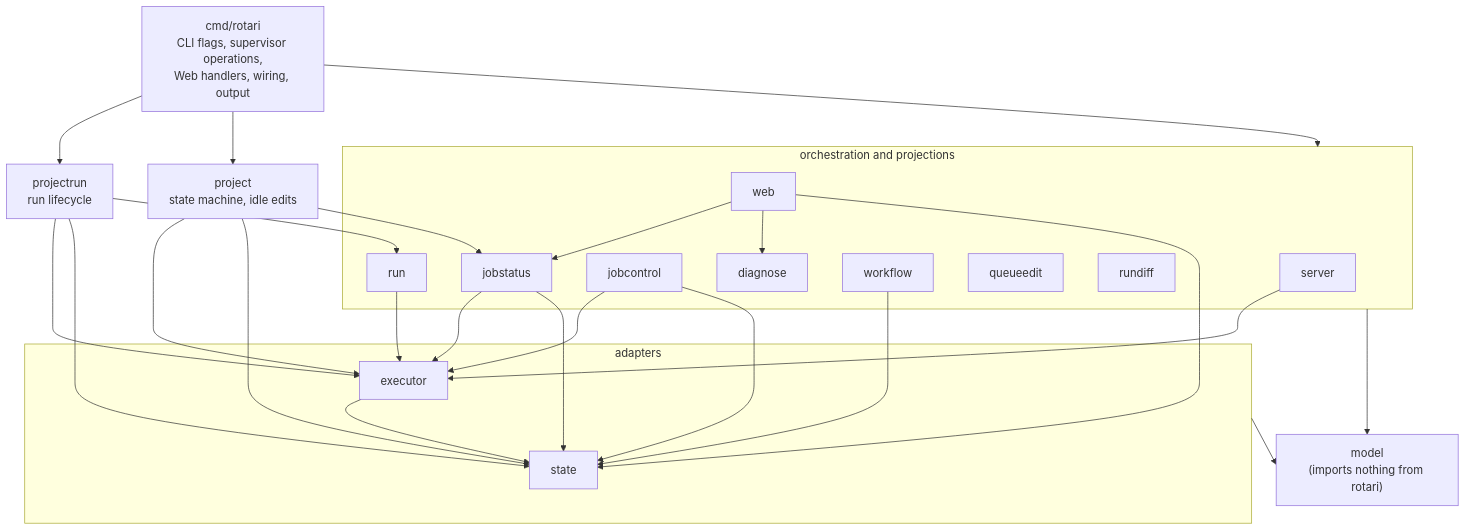
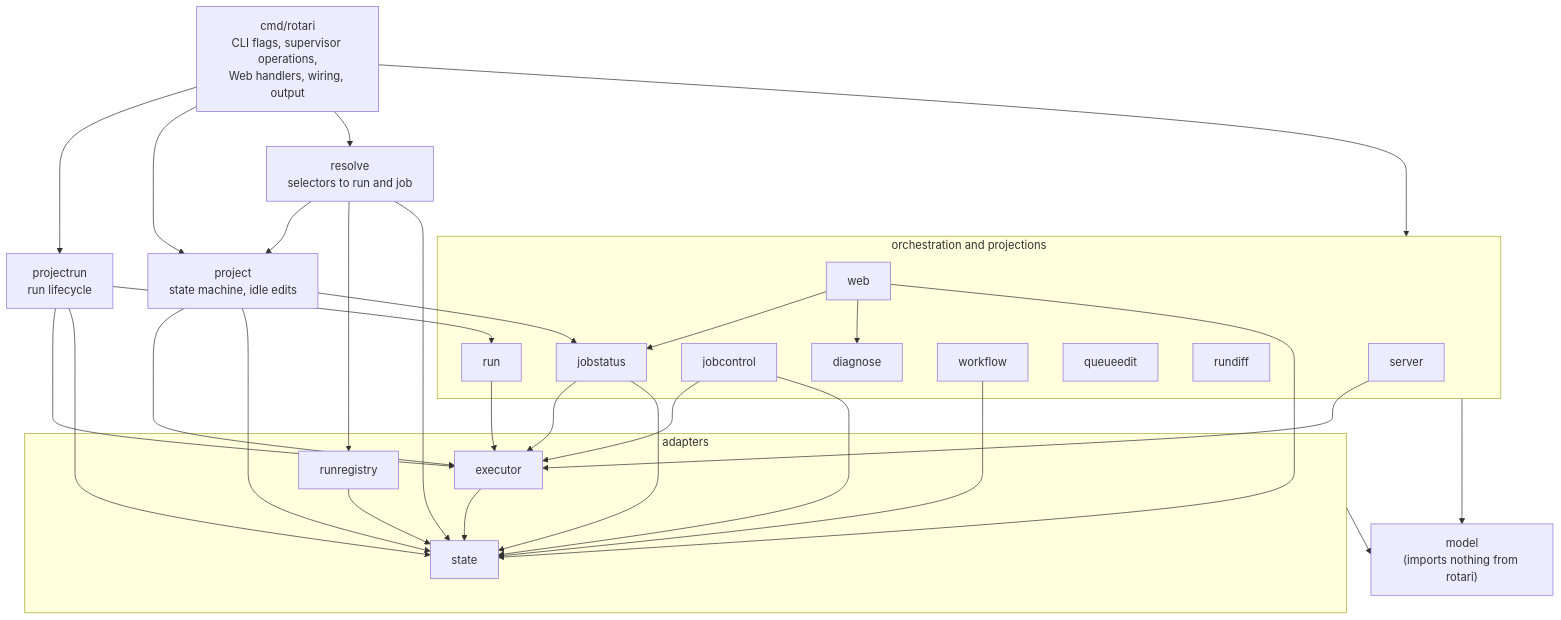
The second of 2 diagrams in docs/ARCHITECTURE.md (kamo-naoyuki/rotari), drawn with Mermaid before and after one commit. The commit also changed other lines of this file and 35 other files, not shown here.

First line of the commit message:
refactor(resolve): move run registry and selector resolution into internal

````diff
--- a/docs/ARCHITECTURE.md
+++ b/docs/ARCHITECTURE.md
@@ -96,45 +96,52 @@
 ```mermaid
 flowchart TB
   cmd["cmd/rotari<br/>CLI flags, supervisor operations,<br/>Web handlers, wiring, output"]
   projectrun["projectrun<br/>run lifecycle"]
   project["project<br/>state machine, idle edits"]
+  resolve["resolve<br/>selectors to run and job"]
   subgraph l2["orchestration and projections"]
     server
     run
     jobcontrol
     web
     jobstatus
     workflow
     queueedit
     rundiff
     diagnose
   end
   subgraph l1["adapters"]
     executor
     state
+    runregistry
   end
   model["model<br/>(imports nothing from rotari)"]
 
   cmd --> projectrun
   cmd --> project
+  cmd --> resolve
+  resolve --> project
+  resolve --> runregistry
+  resolve --> state
   project --> jobstatus
   project --> executor
   project --> state
   cmd --> l2
   projectrun --> run
   projectrun --> executor
   projectrun --> state
   server --> executor
   run --> executor
   jobcontrol --> executor
   jobcontrol --> state
   web --> jobstatus
   web --> diagnose
   web --> state
   jobstatus --> executor
   jobstatus --> state
   workflow --> state
   executor --> state
+  runregistry --> state
   l1 --> model
   l2 --> model
 ```
````
